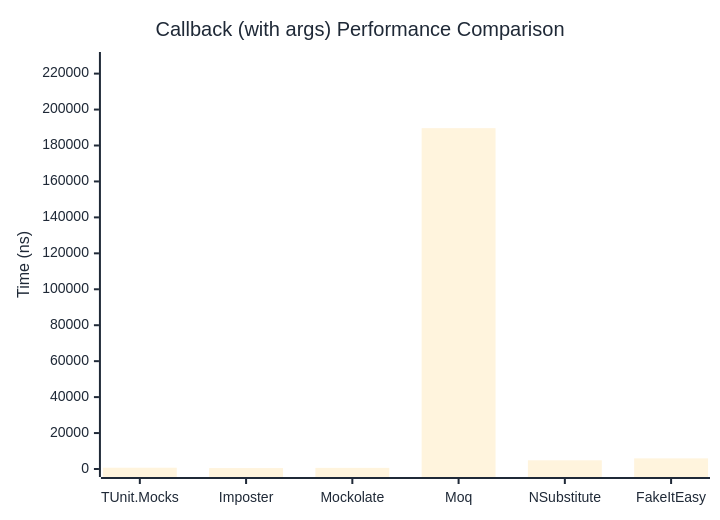
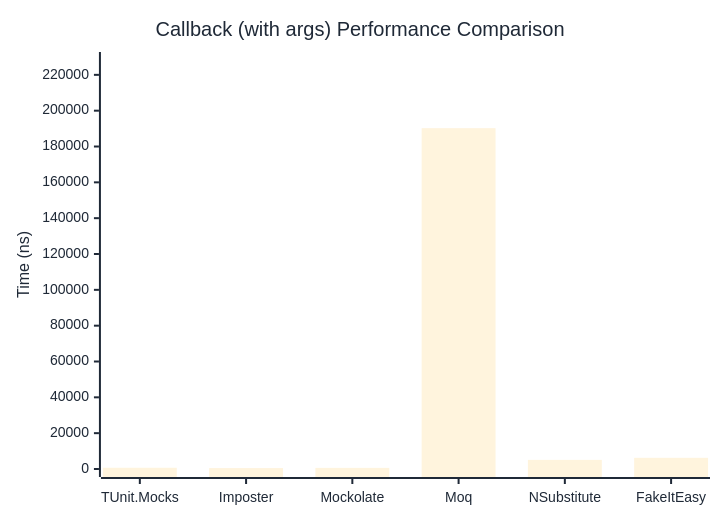
One commit to thomhurst/TUnit changed the second of 2 diagrams in docs/docs/benchmarks/mocks/Callback.md. Above: the diagram before and after it, drawn with Mermaid. The commit also changed other lines of this file and 14 other files, not shown here.

````diff
--- a/docs/docs/benchmarks/mocks/Callback.md
+++ b/docs/docs/benchmarks/mocks/Callback.md
@@ -69,27 +69,27 @@
 ```mermaid
 %%{init: {
   'theme':'base',
   'themeVariables': {
     'primaryColor': '#2563eb',
     'primaryTextColor': '#1f2937',
     'primaryBorderColor': '#1e40af',
     'lineColor': '#6b7280',
     'secondaryColor': '#7c3aed',
     'tertiaryColor': '#dc2626',
     'background': '#ffffff',
     'pie1': '#2563eb',
     'pie2': '#7c3aed',
     'pie3': '#dc2626',
     'pie4': '#f59e0b',
     'pie5': '#10b981',
     'pie6': '#06b6d4',
     'pie7': '#ec4899',
     'pie8': '#6366f1'
   }
 }}%%
 xychart-beta
   title "Callback (with args) Performance Comparison"
   x-axis ["TUnit.Mocks", "Imposter", "Mockolate", "Moq", "NSubstitute", "FakeItEasy"]
-  y-axis "Time (ns)" 0 --> 227575
-  bar [704.2, 513.4, 631.1, 189645.5, 4844.3, 5914]
+  y-axis "Time (ns)" 0 --> 228287
+  bar [691.1, 519.9, 624.8, 190238.9, 5092.5, 6233.8]
 ```
````
